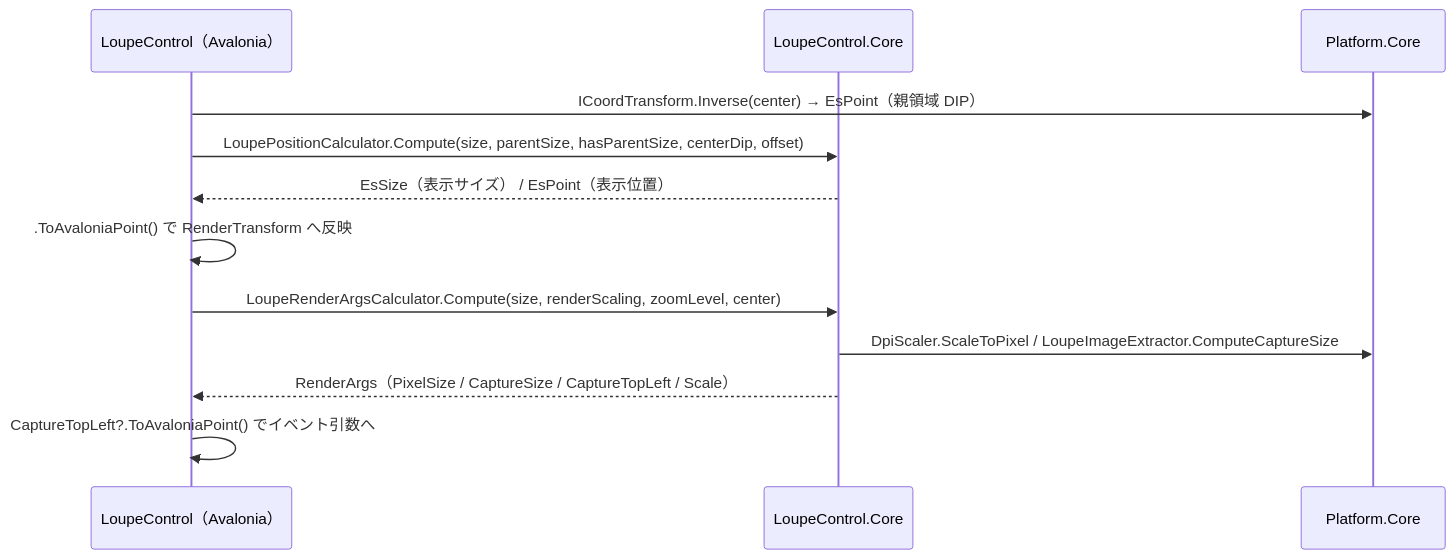
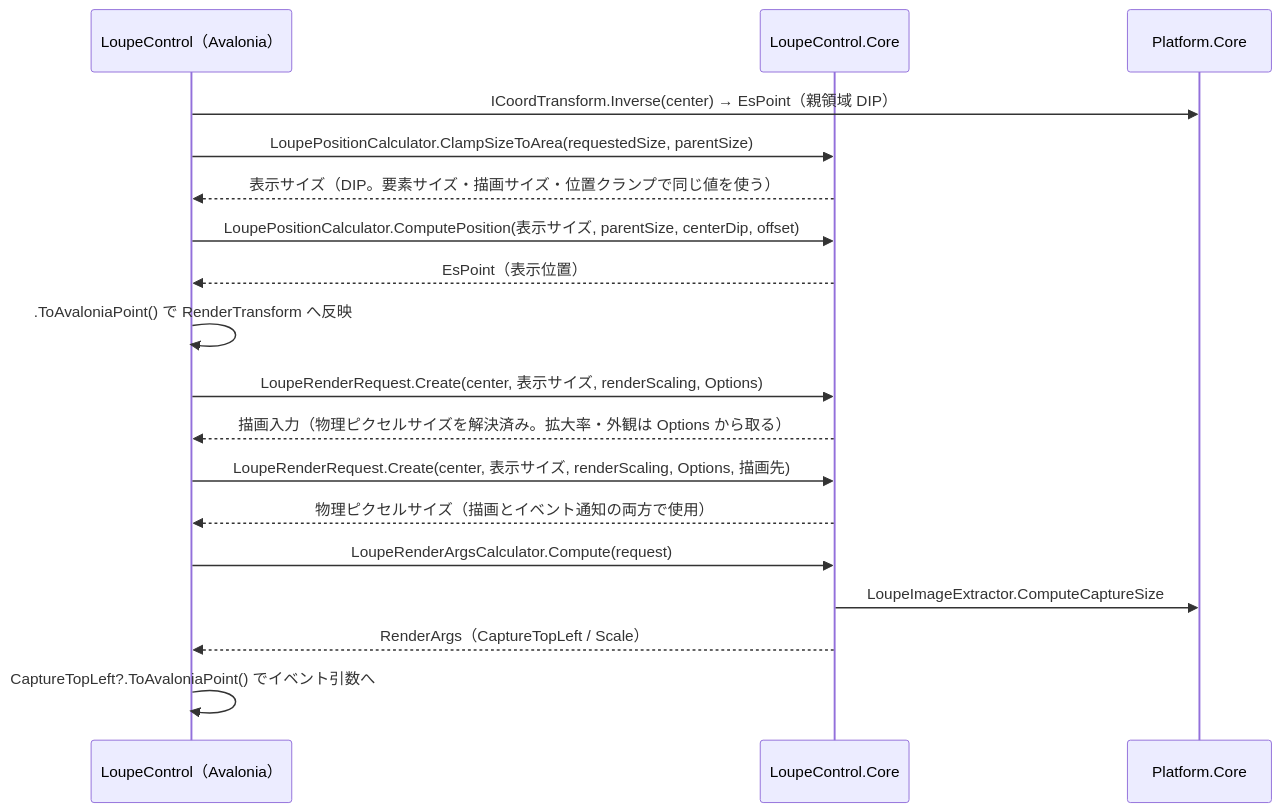
One commit to tomokuni/SaveEvidence changed the second of 2 diagrams in src/LoupeControl.Core/SPEC_System.md. Above: the diagram before and after it, drawn with Mermaid. The commit also changed other lines of this file and 122 other files, not shown here.

````diff
--- a/src/LoupeControl.Core/SPEC_System.md
+++ b/src/LoupeControl.Core/SPEC_System.md
@@ -37,16 +47,22 @@
 ```mermaid
 sequenceDiagram
   participant UI as LoupeControl（Avalonia）
   participant Core as LoupeControl.Core
   participant PC as Platform.Core
 
   UI->>PC: ICoordTransform.Inverse(center) → EsPoint（親領域 DIP）
-  UI->>Core: LoupePositionCalculator.Compute(size, parentSize, hasParentSize, centerDip, offset)
-  Core-->>UI: EsSize（表示サイズ） / EsPoint（表示位置）
+  UI->>Core: LoupePositionCalculator.ClampSizeToArea(requestedSize, parentSize)
+  Core-->>UI: 表示サイズ（DIP。要素サイズ・描画サイズ・位置クランプで同じ値を使う）
+  UI->>Core: LoupePositionCalculator.ComputePosition(表示サイズ, parentSize, centerDip, offset)
+  Core-->>UI: EsPoint（表示位置）
   UI->>UI: .ToAvaloniaPoint() で RenderTransform へ反映
 
-  UI->>Core: LoupeRenderArgsCalculator.Compute(size, renderScaling, zoomLevel, center)
-  Core->>PC: DpiScaler.ScaleToPixel / LoupeImageExtractor.ComputeCaptureSize
-  Core-->>UI: RenderArgs（PixelSize / CaptureSize / CaptureTopLeft / Scale）
+  UI->>Core: LoupeRenderRequest.Create(center, 表示サイズ, renderScaling, Options)
+  Core-->>UI: 描画入力（物理ピクセルサイズを解決済み。拡大率・外観は Options から取る）
+  UI->>Core: LoupeRenderRequest.Create(center, 表示サイズ, renderScaling, Options, 描画先)
+  Core-->>UI: 物理ピクセルサイズ（描画とイベント通知の両方で使用）
+  UI->>Core: LoupeRenderArgsCalculator.Compute(request)
+  Core->>PC: LoupeImageExtractor.ComputeCaptureSize
+  Core-->>UI: RenderArgs（CaptureTopLeft / Scale）
   UI->>UI: CaptureTopLeft?.ToAvaloniaPoint() でイベント引数へ
 ```
````
